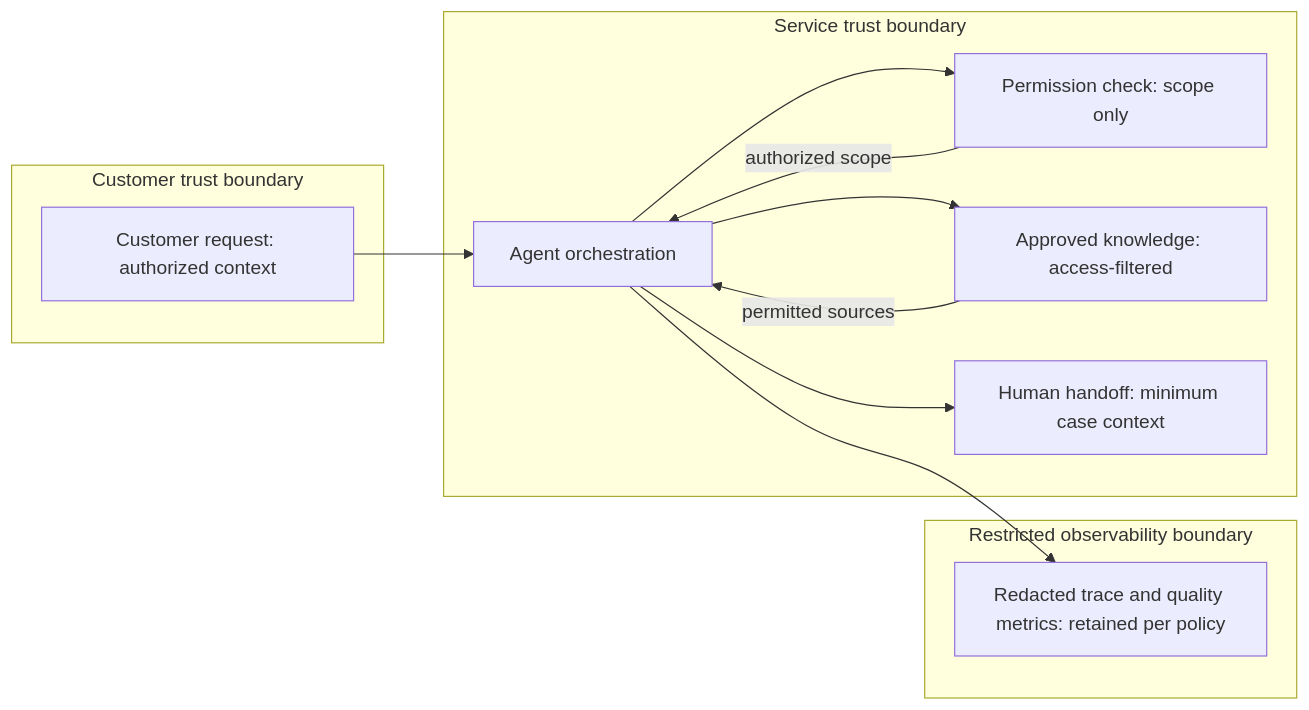
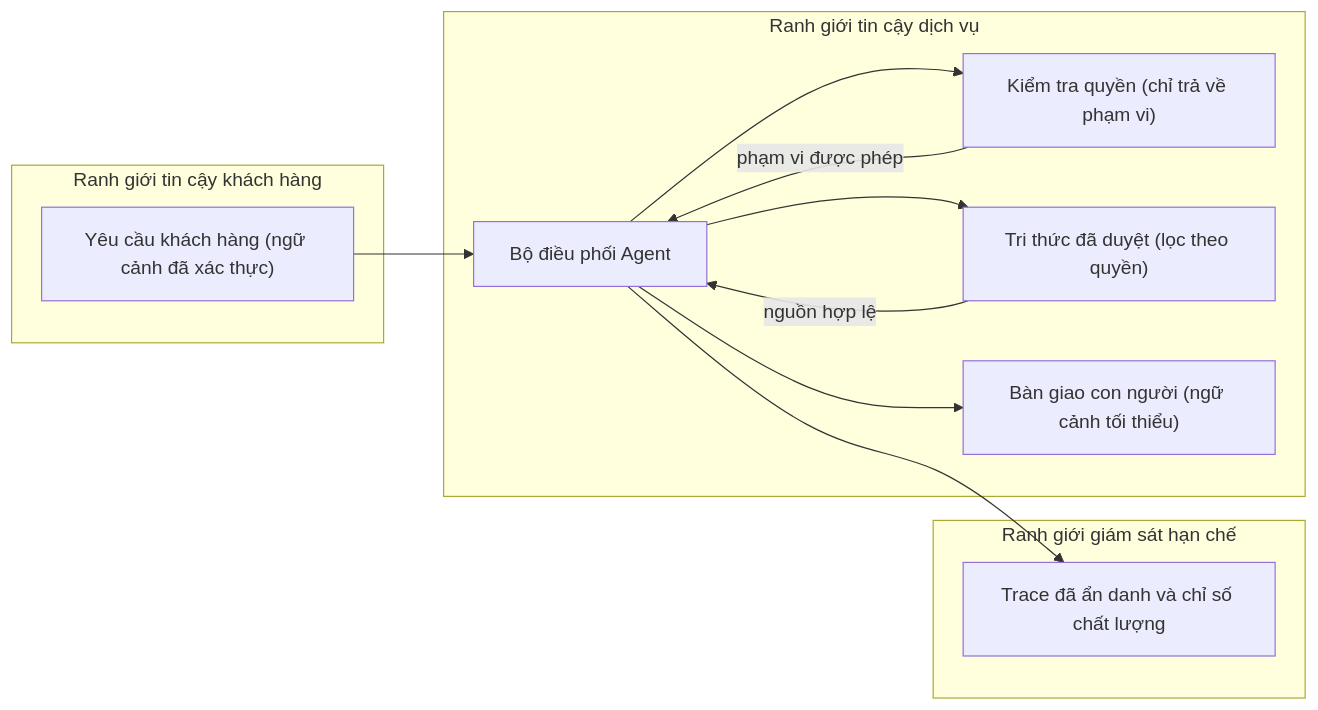
One commit to thinh1995/blueprint-ai changed the third of 3 diagrams in docs/templates/examples/ai-support-agent/2. Tech Spec.md. Above: the diagram before and after it, drawn with Mermaid. The commit also changed other lines of this file and 63 other files, not shown here.

````diff
--- a/docs/templates/examples/ai-support-agent/2. Tech Spec.md
+++ b/docs/templates/examples/ai-support-agent/2. Tech Spec.md
@@ -73,22 +87,22 @@
 ```mermaid
 flowchart LR
-  subgraph CustomerBoundary[Customer trust boundary]
-    C[Customer request: authorized context]
+  subgraph CustomerBoundary["Ranh giới tin cậy khách hàng"]
+    C["Yêu cầu khách hàng (ngữ cảnh đã xác thực)"]
   end
-  subgraph ServiceBoundary[Service trust boundary]
-    A[Agent orchestration]
-    P[Permission check: scope only]
-    K[Approved knowledge: access-filtered]
-    H[Human handoff: minimum case context]
+  subgraph ServiceBoundary["Ranh giới tin cậy dịch vụ"]
+    A["Bộ điều phối Agent"]
+    P["Kiểm tra quyền (chỉ trả về phạm vi)"]
+    K["Tri thức đã duyệt (lọc theo quyền)"]
+    H["Bàn giao con người (ngữ cảnh tối thiểu)"]
   end
-  subgraph ObservabilityBoundary[Restricted observability boundary]
-    L[Redacted trace and quality metrics: retained per policy]
+  subgraph ObservabilityBoundary["Ranh giới giám sát hạn chế"]
+    L["Trace đã ẩn danh và chỉ số chất lượng"]
   end
   C --> A
   A --> P
-  P -->|authorized scope| A
+  P -->|"phạm vi được phép"| A
   A --> K
-  K -->|permitted sources| A
+  K -->|"nguồn hợp lệ"| A
   A --> L
   A --> H
 ```
````
